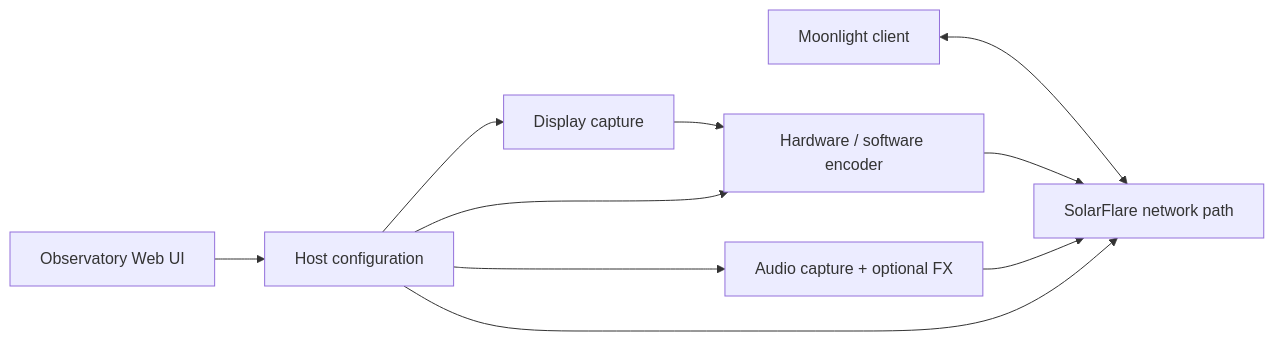
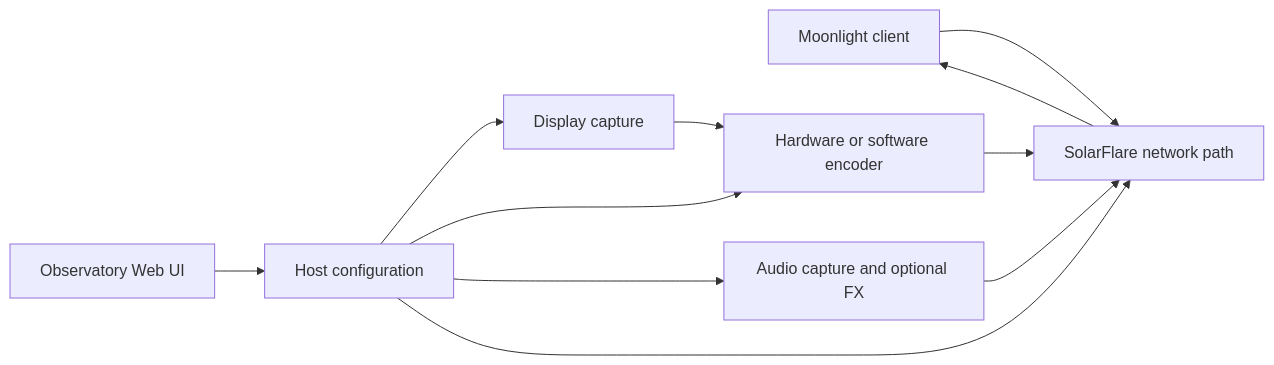
The diagram in README.md (vindeckyy/Solar-Flare), drawn with Mermaid before and after one commit.

Commit message:
docs(readme): simplify architecture diagram for GitHub Mermaid.

````diff
--- a/README.md
+++ b/README.md
@@ -89,11 +89,13 @@
 ```mermaid
-flowchart LR
-    ML["Moonlight client"] <--> NET["SolarFlare network path"]
-    CAP["Display capture"] --> ENC["Hardware / software encoder"] --> NET
-    AUD["Audio capture + optional FX"] --> NET
-    UI["Observatory Web UI"] --> CFG["Host configuration"]
-    CFG --> CAP
-    CFG --> ENC
-    CFG --> AUD
-    CFG --> NET
+graph LR
+  ML[Moonlight client] --> NET[SolarFlare network path]
+  NET --> ML
+  CAP[Display capture] --> ENC[Hardware or software encoder]
+  ENC --> NET
+  AUD[Audio capture and optional FX] --> NET
+  UI[Observatory Web UI] --> CFG[Host configuration]
+  CFG --> CAP
+  CFG --> ENC
+  CFG --> AUD
+  CFG --> NET
 ```
````
